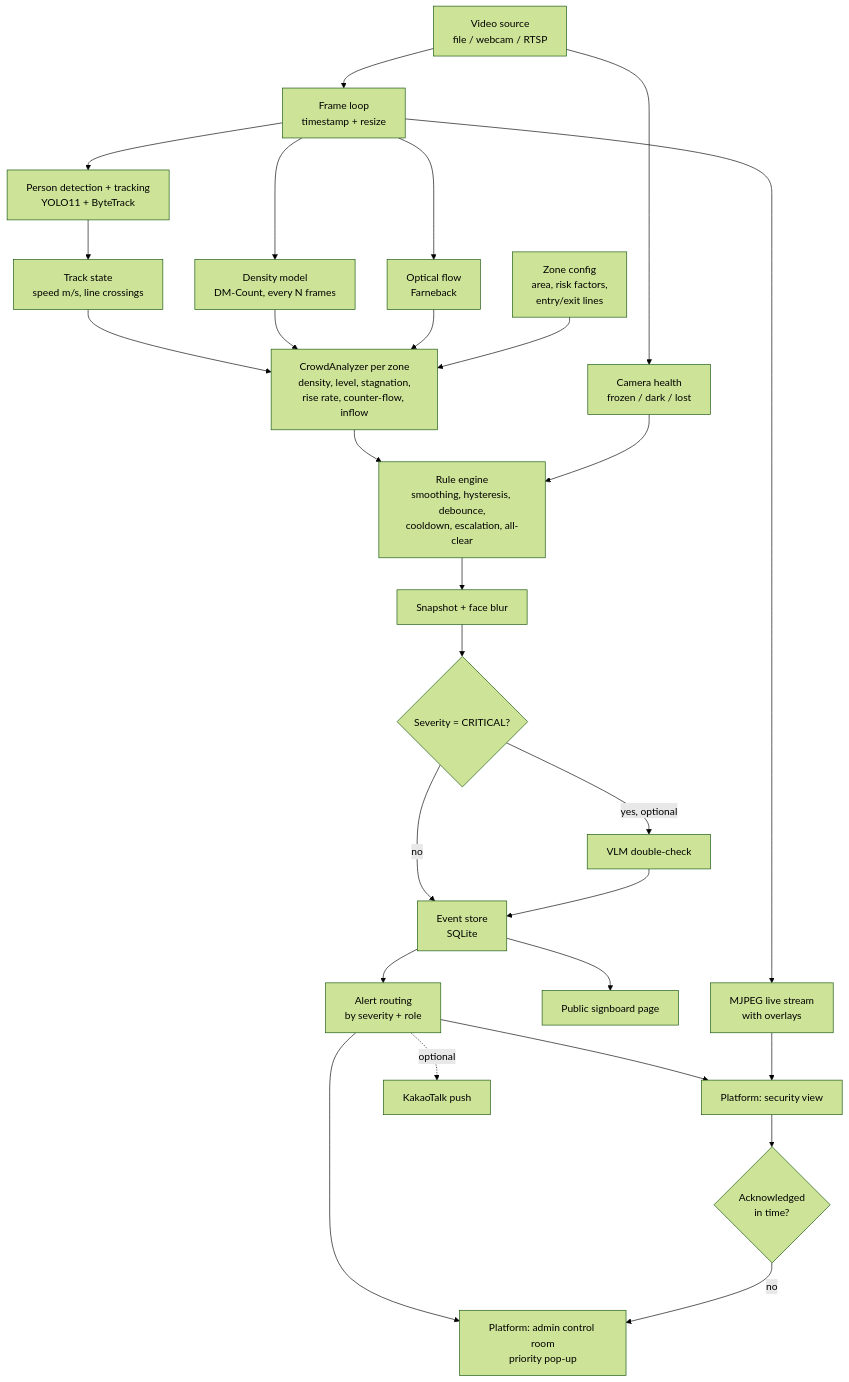
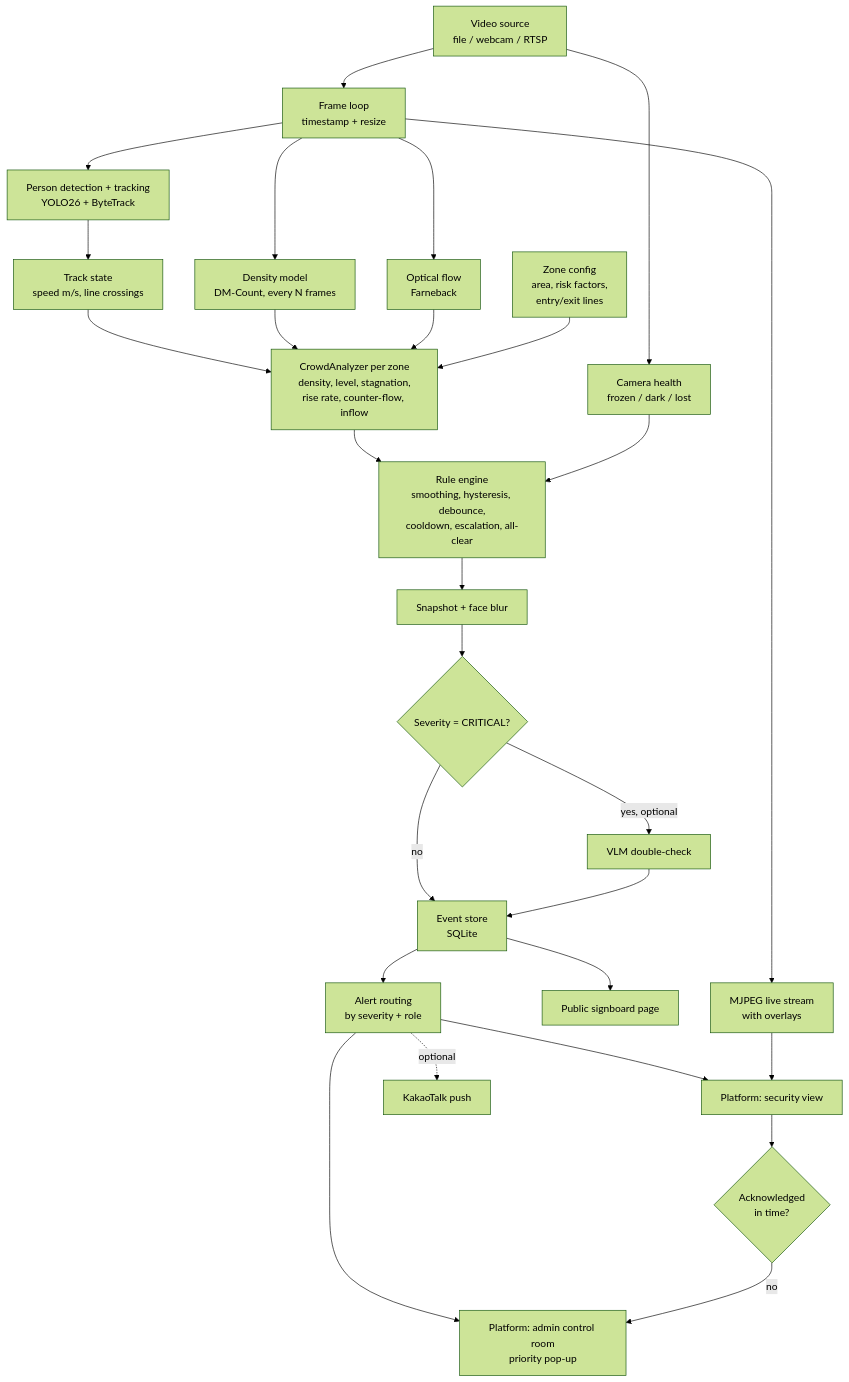
The diagram in docs/ARCHITECTURE.md (sanjardev23/sumteo), drawn with Mermaid (forest theme) before and after one commit. The commit also changed other lines of this file and 5 other files, not shown here.

Commit message:
feat: setup yolo26 detector and multi-zone tracking docs

````diff
--- a/docs/ARCHITECTURE.md
+++ b/docs/ARCHITECTURE.md
@@ -17,30 +17,30 @@
 ```mermaid
 flowchart TD
     A[Video source<br/>file / webcam / RTSP] --> B[Frame loop<br/>timestamp + resize]
     A --> HC[Camera health<br/>frozen / dark / lost]
-    B --> C[Person detection + tracking<br/>YOLO11 + ByteTrack]
+    B --> C[Person detection + tracking<br/>YOLO26 + ByteTrack]
     C --> D[Track state<br/>speed m/s, line crossings]
     B --> E1[Density model<br/>DM-Count, every N frames]
     B --> E2[Optical flow<br/>Farneback]
 
     D --> G1[CrowdAnalyzer per zone<br/>density, level, stagnation,<br/>rise rate, counter-flow, inflow]
     E1 --> G1
     E2 --> G1
     Z[Zone config<br/>area, risk factors,<br/>entry/exit lines] --> G1
 
     G1 --> H[Rule engine<br/>smoothing, hysteresis, debounce,<br/>cooldown, escalation, all-clear]
     HC --> H
     H --> I[Snapshot + face blur]
     I --> J{Severity = CRITICAL?}
     J -- yes, optional --> K[VLM double-check]
     J -- no --> L
     K --> L[Event store<br/>SQLite]
     L --> R[Alert routing<br/>by severity + role]
     R --> M2[Platform: security view]
     R --> M3[Platform: admin control room<br/>priority pop-up]
     R -. optional .-> M1[KakaoTalk push]
     M2 --> ACK{Acknowledged<br/>in time?}
     ACK -- no --> M3
     L --> M4[Public signboard page]
     B --> N[MJPEG live stream<br/>with overlays] --> M2
 ```
````
